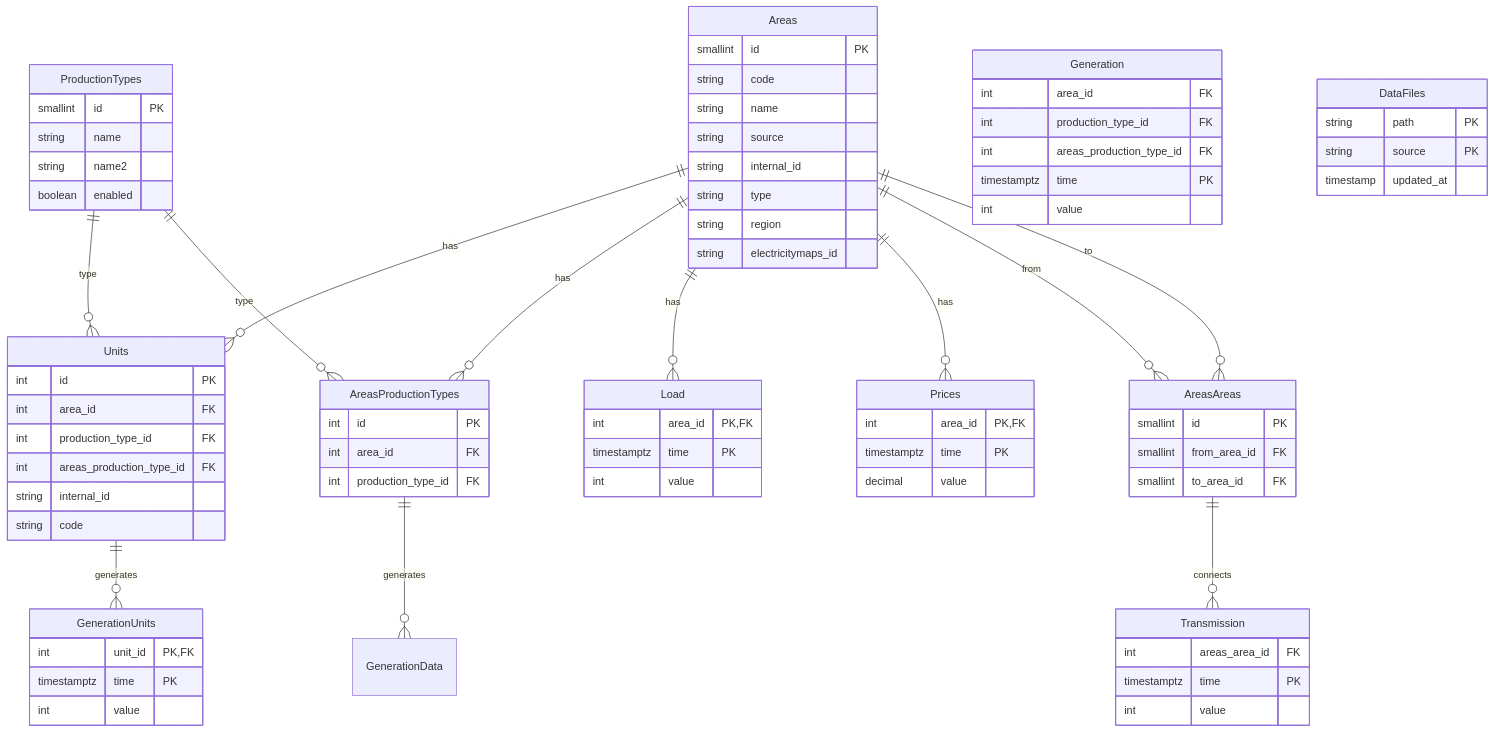
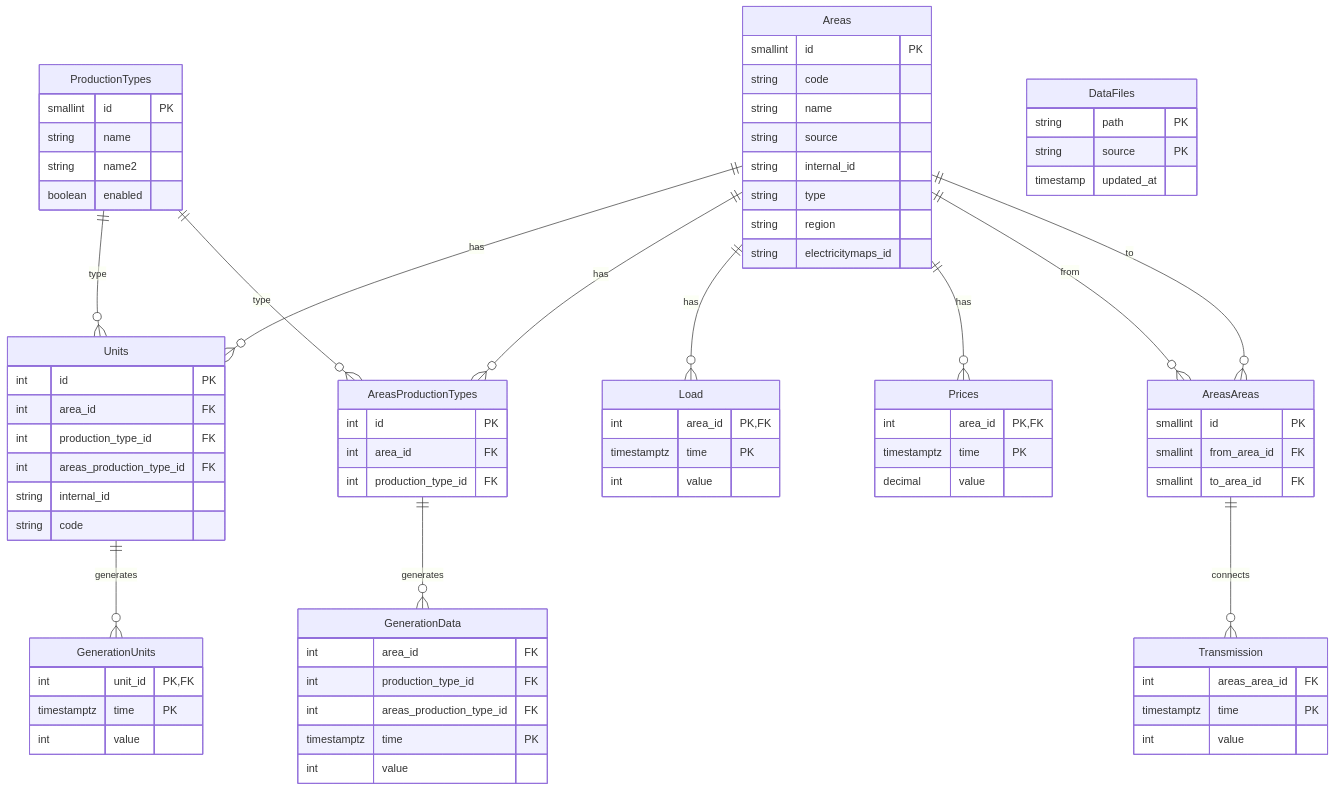
One commit to intermittentnrg/intermittent-importers changed the diagram in README.md. Above: the diagram before and after it, drawn with Mermaid.

Commit message:
README Fix GenerationData

````diff
--- a/README.md
+++ b/README.md
@@ -173,81 +173,81 @@
 ```mermaid
 erDiagram
     Areas {
         smallint id PK
         string code
         string name
         string source
         string internal_id
         string type
         string region
         string electricitymaps_id
     }
     ProductionTypes {
         smallint id PK
         string name
         string name2
         boolean enabled
     }
     AreasProductionTypes {
         int id PK
         int area_id FK
         int production_type_id FK
     }
     Units {
         int id PK
         int area_id FK
         int production_type_id FK
         int areas_production_type_id FK
         string internal_id
         string code
     }
     GenerationUnits {
         int unit_id PK,FK
         timestamptz time PK
         int value
     }
-    Generation {
+    GenerationData {
         int area_id FK
         int production_type_id FK
         int areas_production_type_id FK
         timestamptz time PK
         int value
     }
     Load {
         int area_id PK,FK
         timestamptz time PK
         int value
     }
     Transmission {
         int areas_area_id FK
         timestamptz time PK
         int value
     }
     AreasAreas {
         smallint id PK
         smallint from_area_id FK
         smallint to_area_id FK
     }
     Prices {
         int area_id PK,FK
         timestamptz time PK
         decimal value
     }
     DataFiles {
         string path PK
         string source PK
         timestamp updated_at
     }
 
     Areas ||--o{ Units : "has"
     Areas ||--o{ AreasProductionTypes : "has"
     Areas ||--o{ Load : "has"
     Areas ||--o{ Prices : "has"
     Areas ||--o{ AreasAreas : "from"
     Areas ||--o{ AreasAreas : "to"
     ProductionTypes ||--o{ Units : "type"
     ProductionTypes ||--o{ AreasProductionTypes : "type"
     AreasProductionTypes ||--o{ GenerationData : "generates"
     Units ||--o{ GenerationUnits : "generates"
     AreasAreas ||--o{ Transmission : "connects"
 ```
````
